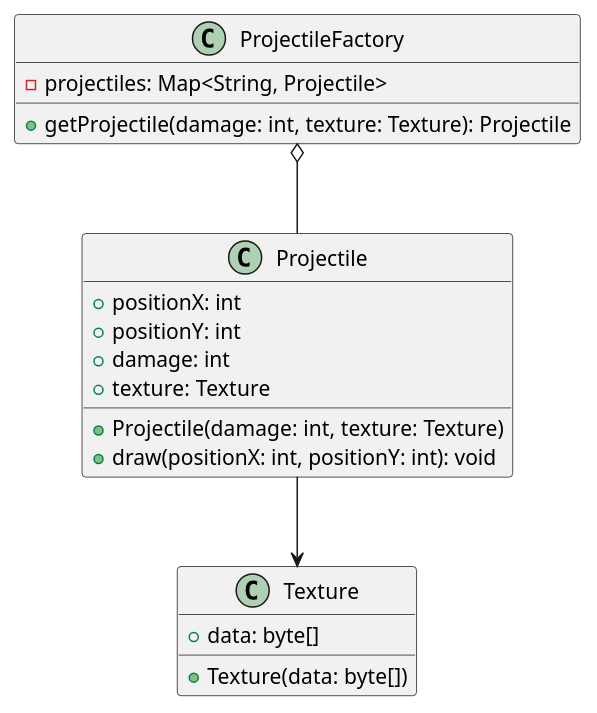
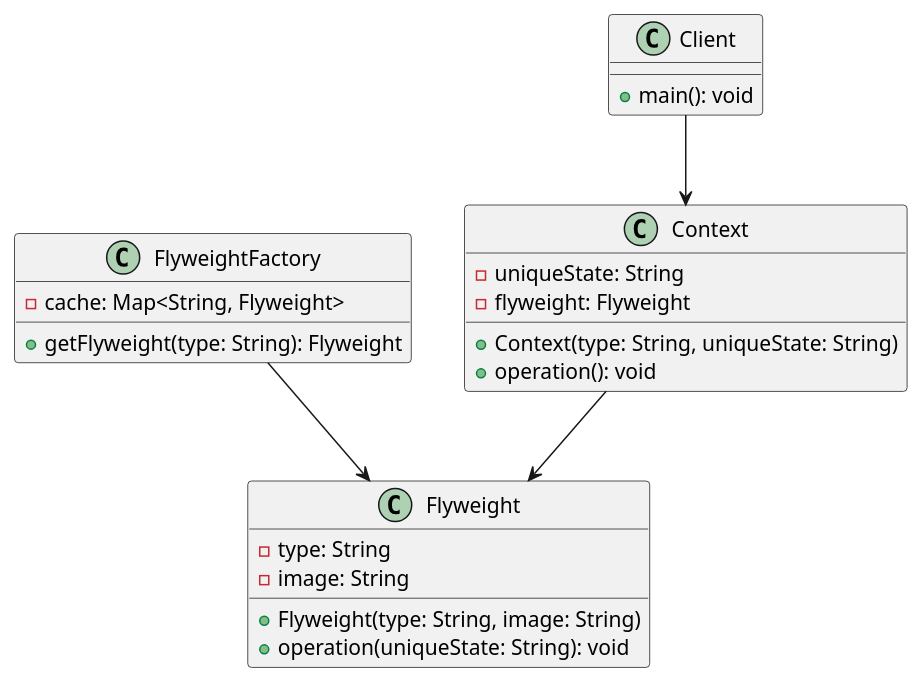
One commit to project-survivor/documentation changed the diagram in UML/Flyweight/flyweight.plantuml. Above: the diagram before and after it, drawn with PlantUML. The commit also changed 2 other files, not shown here.

Commit message:
adjustements on flyweight pattern and added sequence diagram

```diff
--- a/UML/Flyweight/flyweight.plantuml
+++ b/UML/Flyweight/flyweight.plantuml
@@ -1,26 +1,31 @@
 @startuml
 hide footbox
 
-class Projectile {
-    +positionX: int
-    +positionY: int
-    +damage: int
-    +texture: Texture
-    +Projectile(damage: int, texture: Texture)
-    +draw(positionX: int, positionY: int): void
+class Flyweight {
+    -type: String
+    -image: String
+    +Flyweight(type: String, image: String)
+    +operation(uniqueState: String): void
 }
 
-class ProjectileFactory {
-    -projectiles: Map<String, Projectile>
-    +getProjectile(damage: int, texture: Texture): Projectile
+class FlyweightFactory {
+    -cache: Map<String, Flyweight>
+    +getFlyweight(type: String): Flyweight
 }
 
-class Texture {
-    +data: byte[]
-    +Texture(data: byte[])
+class Context {
+    -uniqueState: String
+    -flyweight: Flyweight
+    +Context(type: String, uniqueState: String)
+    +operation(): void
 }
 
-Projectile --> Texture
-ProjectileFactory o-- Projectile
+class Client {
+    +main(): void
+}
+
+Client --> Context
+Context --> Flyweight
+FlyweightFactory --> Flyweight
 
 @enduml
```
